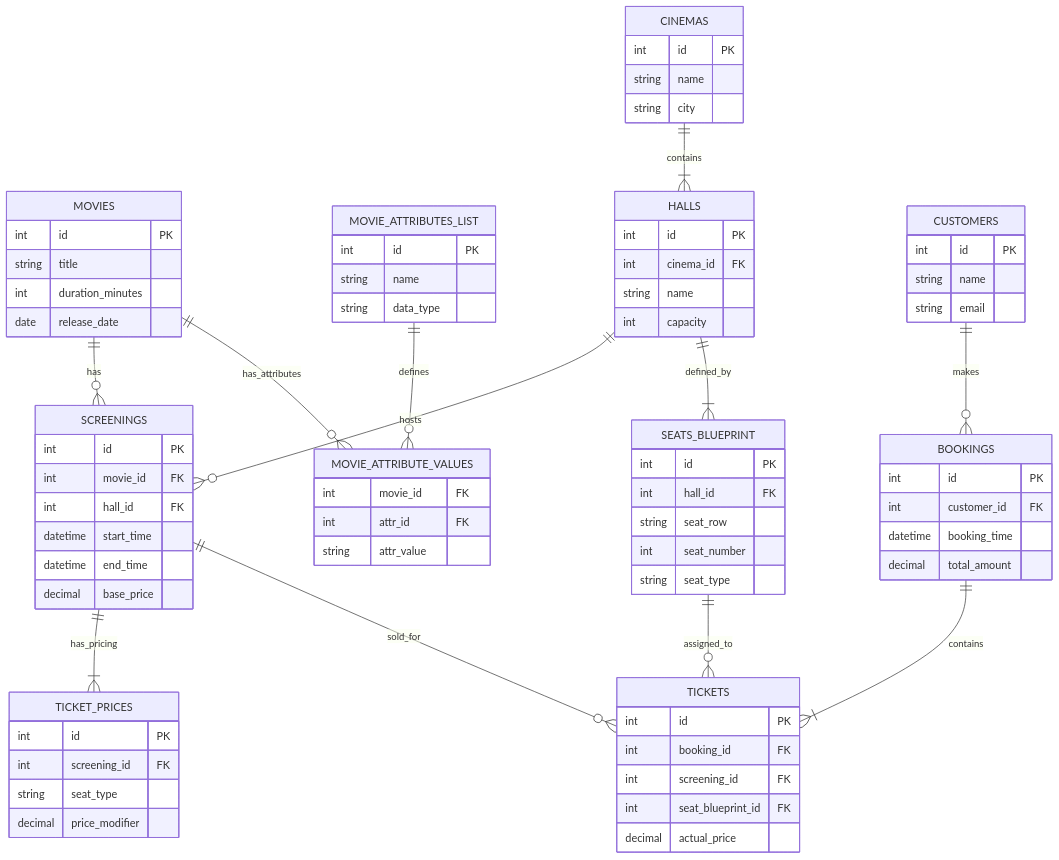
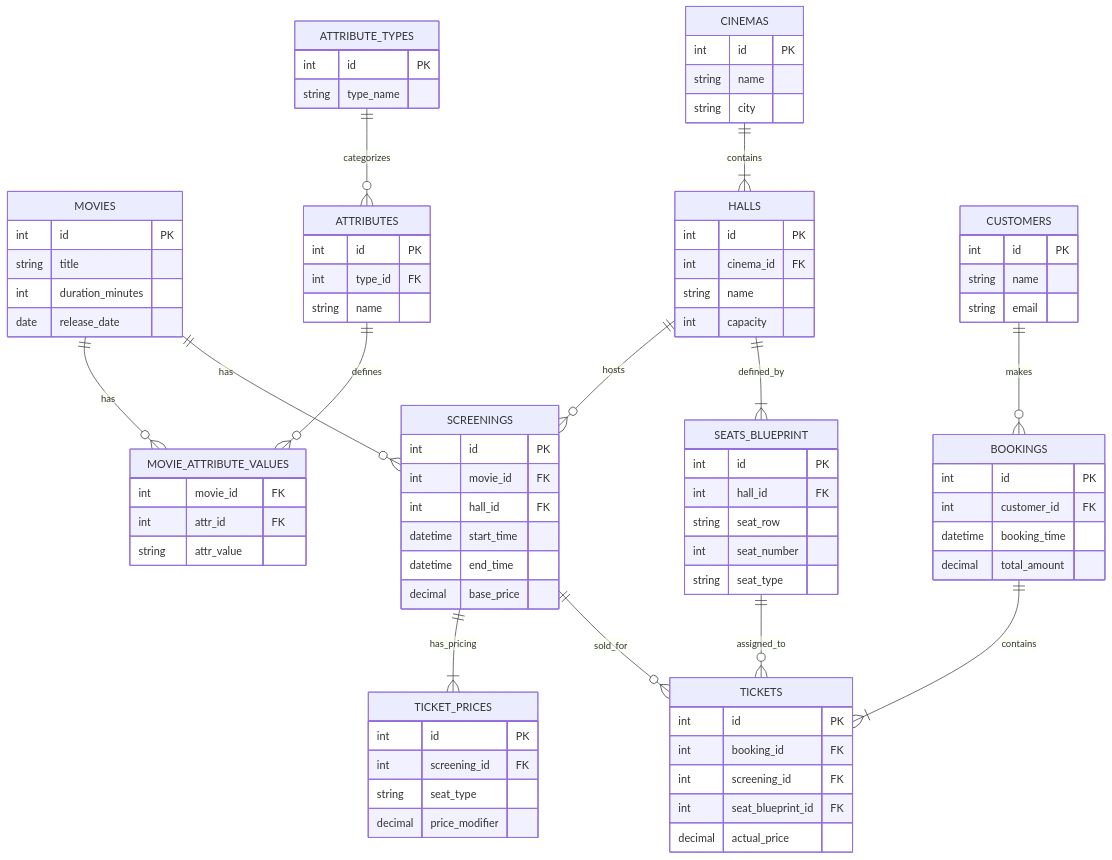
The diagram in README.md (otusteamedu/PHP_2026), drawn with Mermaid before and after one commit. The commit also changed other lines of this file and 1 other file, not shown here.

Commit message:
HW8 Complete: implemented 4-table EAV model with typed attributes, indexes, and specialized analytical views

````diff
--- a/README.md
+++ b/README.md
@@ -35,8 +35,9 @@
 ```mermaid
 erDiagram
-    MOVIES ||--o{ MOVIE_ATTRIBUTE_VALUES : "has_attributes"
-    MOVIE_ATTRIBUTES_LIST ||--o{ MOVIE_ATTRIBUTE_VALUES : "defines"
     MOVIES ||--o{ SCREENINGS : "has"
+    MOVIES ||--o{ MOVIE_ATTRIBUTE_VALUES : "has"
+    ATTRIBUTES ||--o{ MOVIE_ATTRIBUTE_VALUES : "defines"
+    ATTRIBUTE_TYPES ||--o{ ATTRIBUTES : "categorizes"
     CINEMAS ||--|{ HALLS : "contains"
     HALLS ||--|{ SEATS_BLUEPRINT : "defined_by"
     HALLS ||--o{ SCREENINGS : "hosts"
@@ -111,12 +112,15 @@
         decimal actual_price
     }
 
-    MOVIE_ATTRIBUTES_LIST {
+    ATTRIBUTE_TYPES {
         int id PK
+        string type_name
+    }
+    ATTRIBUTES {
+        int id PK
+        int type_id FK
         string name
-        string data_type
     }
-
     MOVIE_ATTRIBUTE_VALUES {
         int movie_id FK
         int attr_id FK
````
